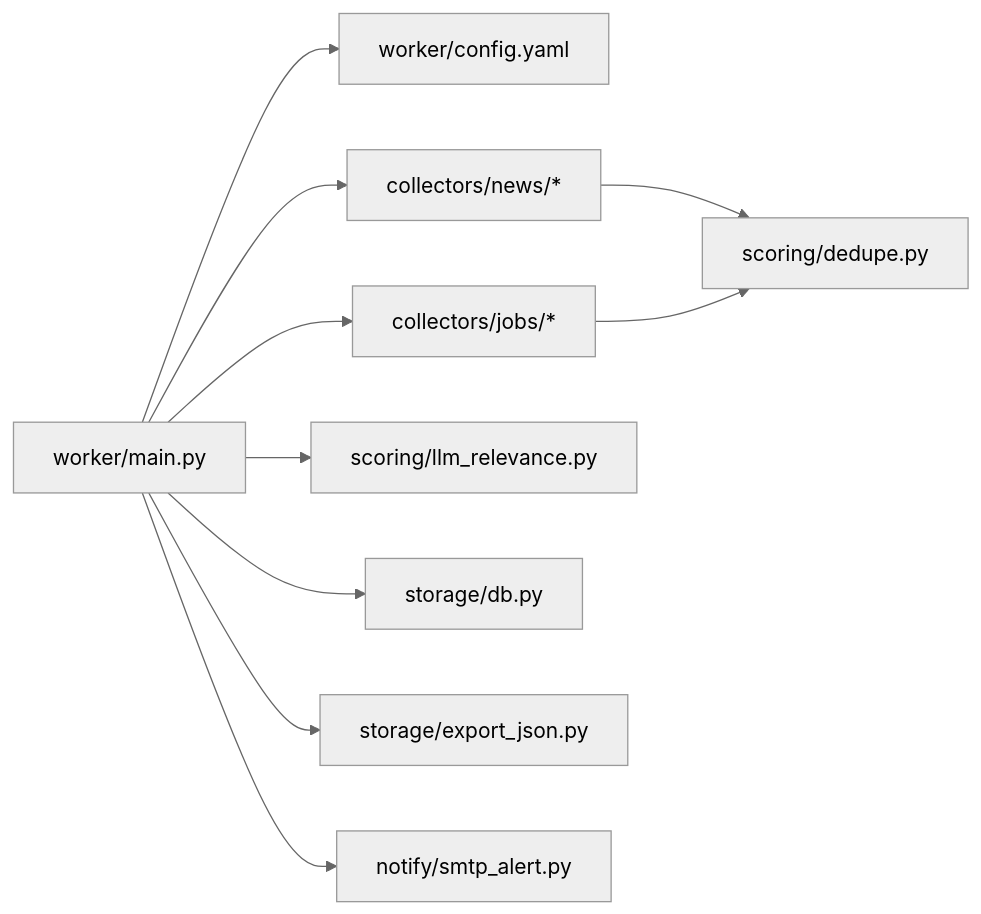
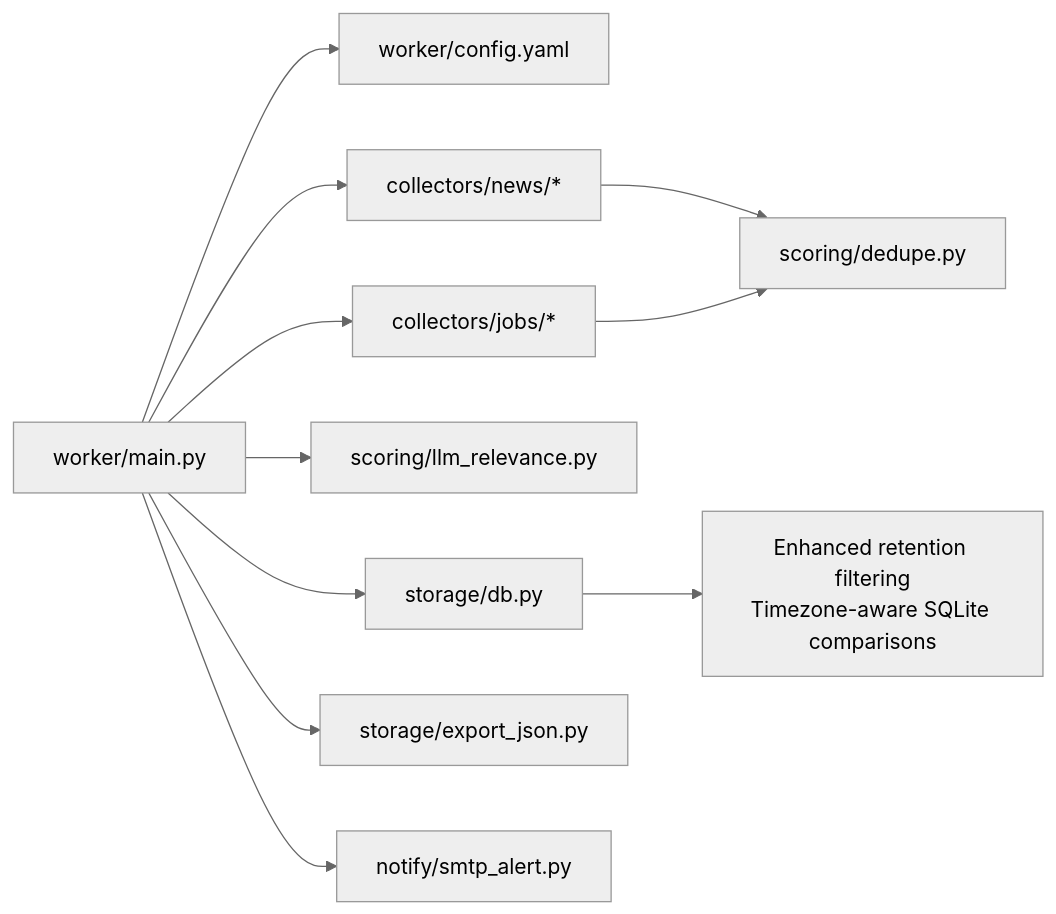
The sixth of 7 diagrams in .qoder/repowiki/en/content/Content Collection System/Content Collection System.md (shakthi-vinayak/news), drawn with Mermaid (neutral theme) before and after one commit. The commit also changed other lines of this file and 37 other files, not shown here.

````diff
--- a/.qoder/repowiki/en/content/Content Collection System/Content Collection System.md
+++ b/.qoder/repowiki/en/content/Content Collection System/Content Collection System.md
@@ -315,12 +365,13 @@
 ```mermaid
 graph LR
 Main["worker/main.py"] --> Cfg["worker/config.yaml"]
 Main --> News["collectors/news/*"]
 Main --> Jobs["collectors/jobs/*"]
 News --> Dedup["scoring/dedupe.py"]
 Jobs --> Dedup
 Main --> LLM["scoring/llm_relevance.py"]
 Main --> DB["storage/db.py"]
 Main --> Export["storage/export_json.py"]
 Main --> Notify["notify/smtp_alert.py"]
+DB --> Retention["Enhanced retention filtering<br/>Timezone-aware SQLite comparisons"]
 ```
````
